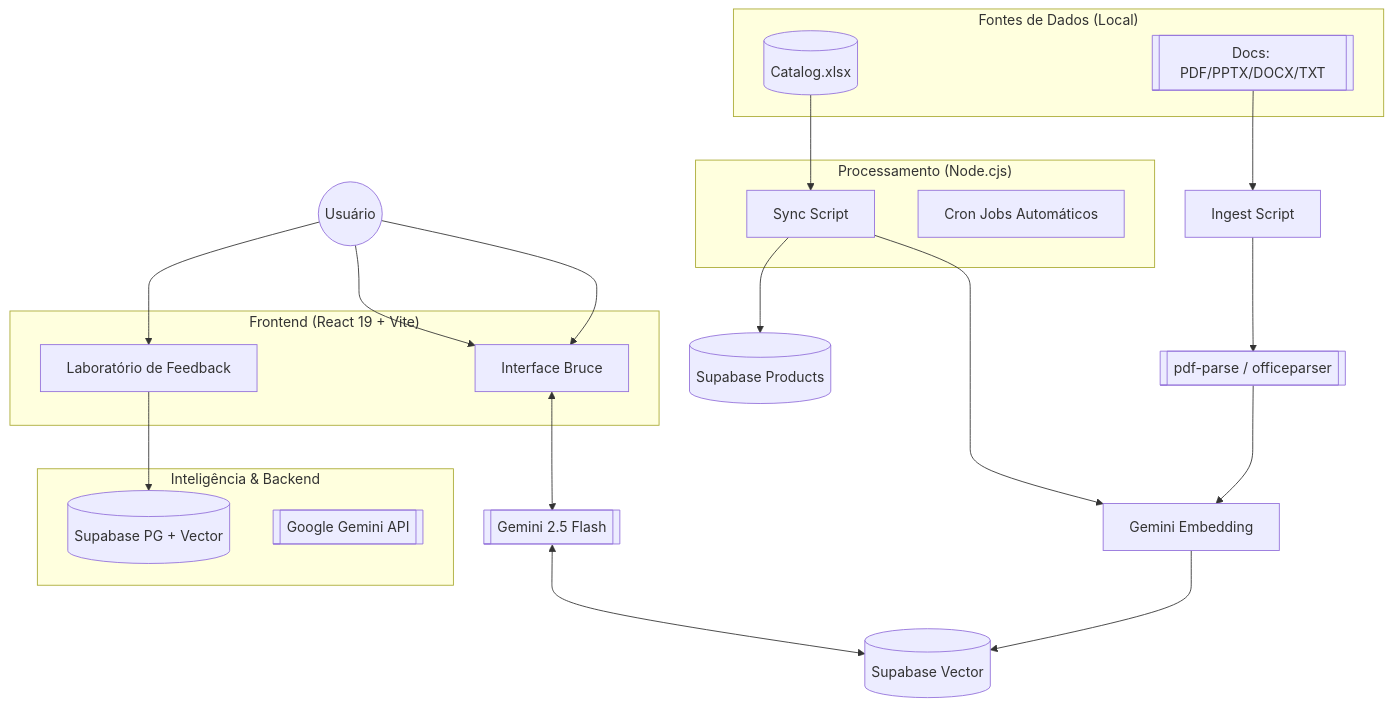
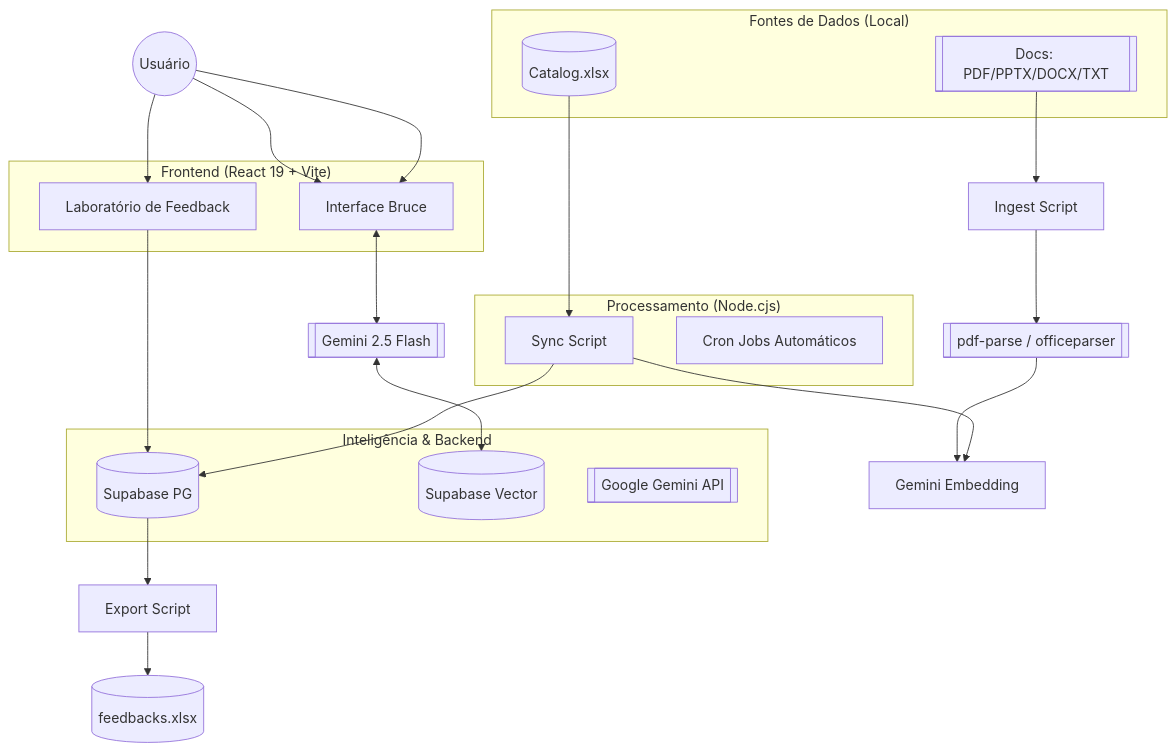
Before and after one commit to arthurmaranhaoo/trillia-platform: the first of 2 diagrams in ARCHITECTURE.md, drawn with Mermaid. The commit also changed other lines of this file and 1 other file, not shown here.

Commit message:
docs: Detail the feedback storage and Excel export flow

````diff
--- a/ARCHITECTURE.md
+++ b/ARCHITECTURE.md
@@ -8,40 +8,42 @@
 ```mermaid
 graph TD
     User((Usuário))
     
     subgraph "Frontend (React 19 + Vite)"
         UI[Interface Bruce Assistente]
         Form[Laboratório de Feedback]
     end
     
     subgraph "Fontes de Dados (Local)"
         Excel[(Catalog.xlsx)]
         DocsDir[[Docs: PDF/PPTX/DOCX/TXT]]
     end
     
     subgraph "Processamento (Node.cjs)"
         Sync[Scripts de Sincronização]
         Cron[Cron Jobs Automáticos]
     end
     
     subgraph "Inteligência & Backend"
-        Supa[(Supabase PG + Vector)]
+        Supa[(Supabase PG)]
+        SupaVec[(Supabase Vector)]
         Gemini[[Google Gemini API]]
     end
 
     User --> UI
     User --> Form
     Form --> Supa
+    Supa --> Export[Export Script]
+    Export --> ExcelFeed[(feedbacks.xlsx)]
     
     Excel[(Catalog.xlsx)] --> Sync[Sync Script]
     DocsDir --> Ingest[Ingest Script]
     Ingest --> Parsers[[pdf-parse / officeparser]]
     Parsers --> GeminiEmb[Gemini Embedding]
     Sync --> GeminiEmb
-    Sync --> SupaRel[(Supabase Products)]
-    GeminiEmb --> SupaVec[(Supabase Vector)]
+    Sync --> Supa
     
     User --> UI[Interface Bruce]
     UI <--> GeminiFlash[[Gemini 2.5 Flash]]
     GeminiFlash <--> SupaVec
 ```
````
